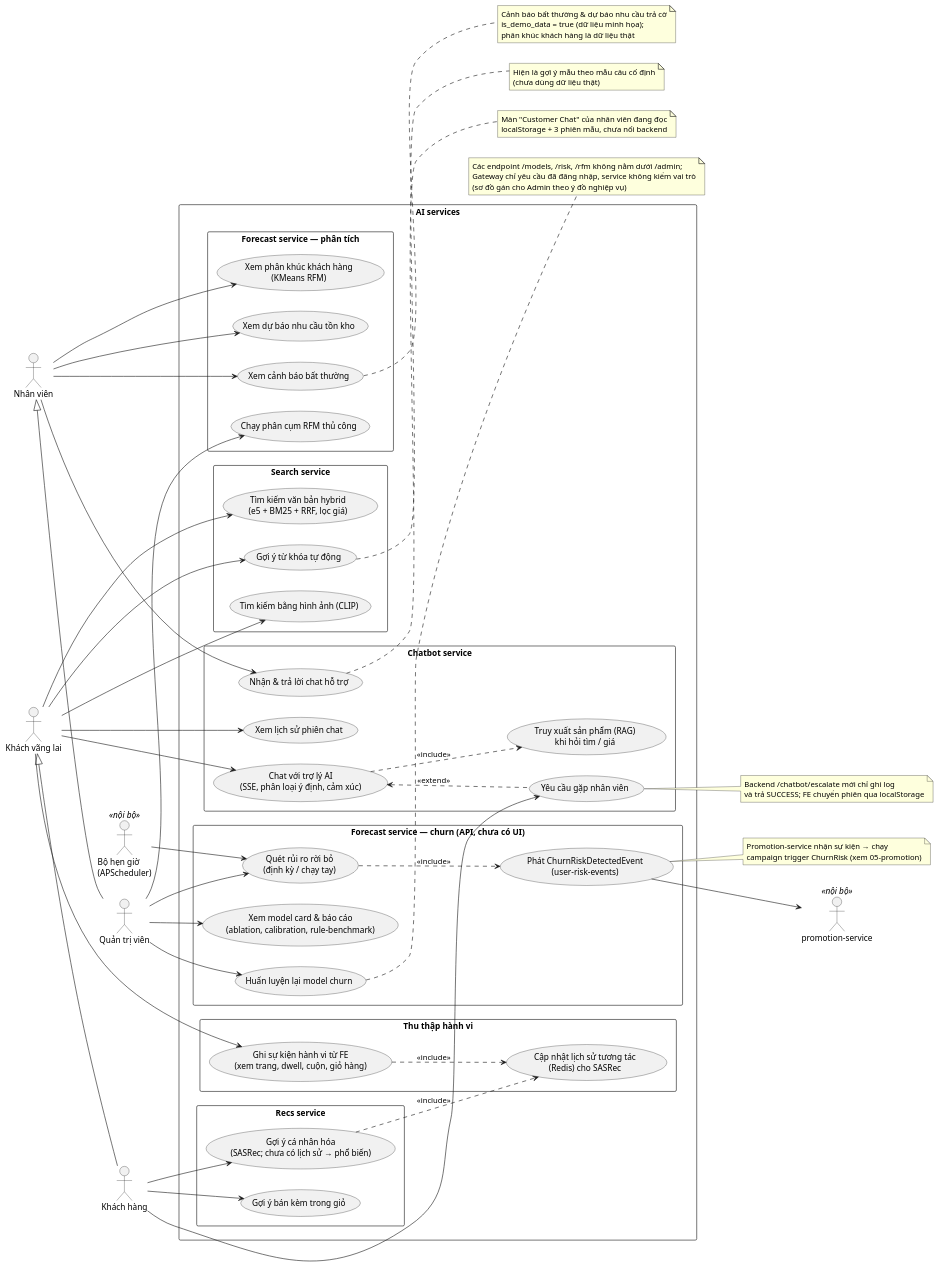
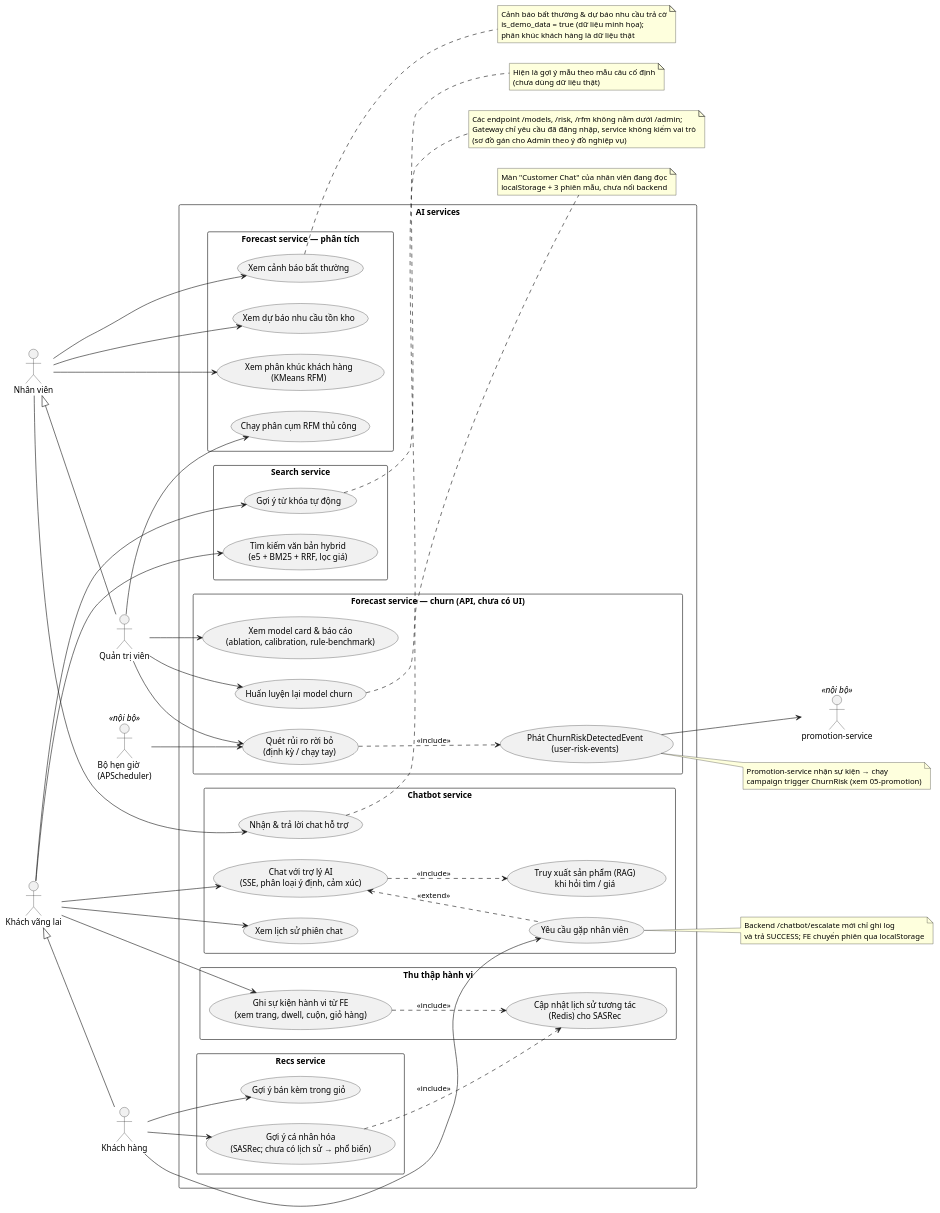
The diagram in docs/usecase/06-ai-services.puml (Thuannd24/Graduation-Project), drawn with PlantUML before and after one commit. The commit also changed 201 other files, not shown here.

```diff
--- a/docs/usecase/06-ai-services.puml
+++ b/docs/usecase/06-ai-services.puml
@@ -1,119 +1,117 @@
 @startuml 06-ai-services
 ' Nhóm AI (FastAPI): search :8001, chatbot :8002, recs :8003, forecast :8004
 ' Nguồn: AI/*/app/api/endpoints/*.py, FE services/aiApi.ts, behaviorTracker.ts, AnalyticsAITab, SupportChatTab
 left to right direction
 skinparam packageStyle rectangle
 skinparam shadowing false
 
 actor "Khách vãng lai" as Guest
 actor "Khách hàng" as Customer
 actor "Nhân viên" as Staff
 actor "Quản trị viên" as Admin
 Customer -up-|> Guest
 Admin -up-|> Staff
 
 actor "Bộ hẹn giờ\n(APScheduler)" as Sched <<nội bộ>>
 actor "promotion-service" as Promo <<nội bộ>>
 
 rectangle "AI services" {
 
   package "Search service" {
     usecase "Tìm kiếm văn bản hybrid\n(e5 + BM25 + RRF, lọc giá)" as A1
     usecase "Gợi ý từ khóa tự động" as A2
-    usecase "Tìm kiếm bằng hình ảnh (CLIP)" as A3
   }
 
   package "Chatbot service" {
     usecase "Chat với trợ lý AI\n(SSE, phân loại ý định, cảm xúc)" as A4
     usecase "Truy xuất sản phẩm (RAG)\nkhi hỏi tìm / giá" as A4a
     usecase "Xem lịch sử phiên chat" as A5
     usecase "Yêu cầu gặp nhân viên" as A6
     usecase "Nhận & trả lời chat hỗ trợ" as A7
   }
 
   package "Recs service" {
     usecase "Gợi ý cá nhân hóa\n(SASRec; chưa có lịch sử → phổ biến)" as A8
     usecase "Gợi ý bán kèm trong giỏ" as A9
   }
 
   package "Forecast service — phân tích" {
     usecase "Xem dự báo nhu cầu tồn kho" as A10
     usecase "Xem cảnh báo bất thường" as A11
     usecase "Xem phân khúc khách hàng\n(KMeans RFM)" as A12
     usecase "Chạy phân cụm RFM thủ công" as A13
   }
 
   package "Forecast service — churn (API, chưa có UI)" {
     usecase "Huấn luyện lại model churn" as A14
     usecase "Xem model card & báo cáo\n(ablation, calibration, rule-benchmark)" as A15
     usecase "Quét rủi ro rời bỏ\n(định kỳ / chạy tay)" as A16
     usecase "Phát ChurnRiskDetectedEvent\n(user-risk-events)" as A17
   }
 
   package "Thu thập hành vi" {
     usecase "Ghi sự kiện hành vi từ FE\n(xem trang, dwell, cuộn, giỏ hàng)" as A18
     usecase "Cập nhật lịch sử tương tác\n(Redis) cho SASRec" as A19
   }
 }
 
 Guest --> A1
 Guest --> A2
-Guest --> A3
 Guest --> A4
 Guest --> A5
 Guest --> A18
 Customer --> A6
 Customer --> A8
 Customer --> A9
 
 Staff --> A7
 Staff --> A10
 Staff --> A11
 Staff --> A12
 Admin --> A13
 Admin --> A14
 Admin --> A15
 Admin --> A16
 
 A4 ..> A4a : <<include>>
 A6 .up.> A4 : <<extend>>
 A18 ..> A19 : <<include>>
 A8 ..> A19 : <<include>>
 A16 ..> A17 : <<include>>
 
 Sched --> A16
 A17 --> Promo
 
 note right of A2
   Hiện là gợi ý mẫu theo mẫu câu cố định
   (chưa dùng dữ liệu thật)
 end note
 
 note right of A6
   Backend /chatbot/escalate mới chỉ ghi log
   và trả SUCCESS; FE chuyển phiên qua localStorage
 end note
 
 note right of A7
   Màn "Customer Chat" của nhân viên đang đọc
   localStorage + 3 phiên mẫu, chưa nối backend
 end note
 
 note right of A11
   Cảnh báo bất thường & dự báo nhu cầu trả cờ
   is_demo_data = true (dữ liệu minh họa);
   phân khúc khách hàng là dữ liệu thật
 end note
 
 note right of A14
   Các endpoint /models, /risk, /rfm không nằm dưới /admin;
   Gateway chỉ yêu cầu đã đăng nhập, service không kiểm vai trò
   (sơ đồ gán cho Admin theo ý đồ nghiệp vụ)
 end note
 
 note right of A17
   Promotion-service nhận sự kiện → chạy
   campaign trigger ChurnRisk (xem 05-promotion)
 end note
 
 @enduml
```
